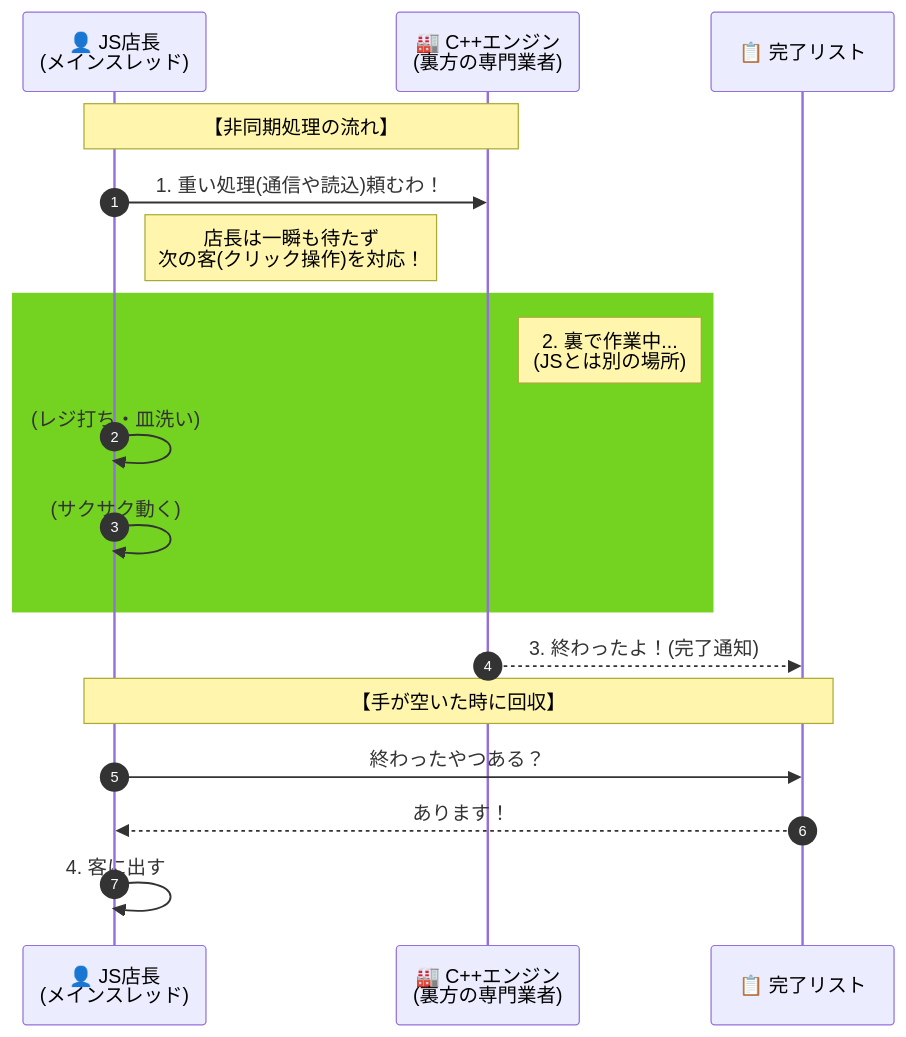
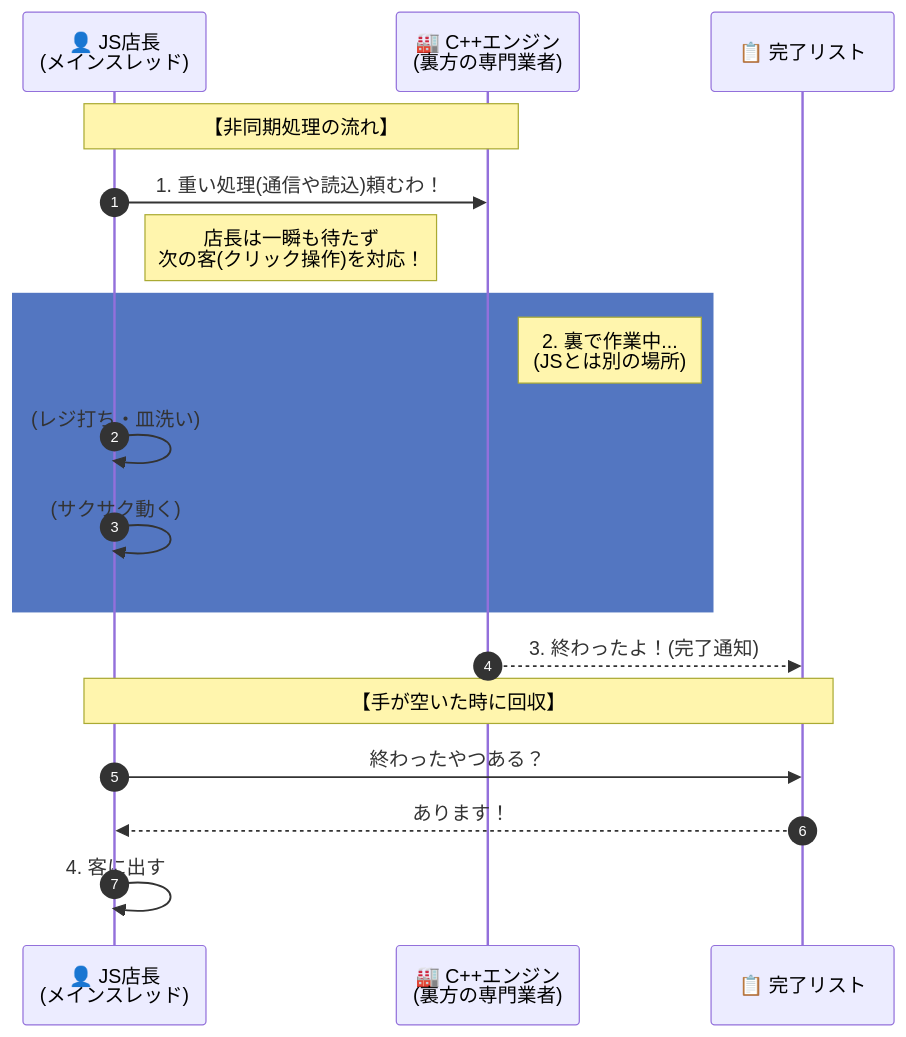
Before and after one commit to komiyamma/site_ichika_study_async_await_fetch: the second of 6 diagrams in D01.md, drawn with Mermaid.

Commit message:
fix: シーケンス図の色を修正 D01.mdのシーケンス図における色をrgba(116, 211, 32, 1)からrgba(83, 118, 193, 1)に変更しました。

````diff
--- a/D01.md
+++ b/D01.md
@@ -184,24 +184,24 @@
 ```mermaid
 sequenceDiagram
     autonumber
     participant JS as 👤 JS店長<br>(メインスレッド)
     participant Engine as 🏭 C++エンジン<br>(裏方の専門業者)
     participant Queue as 📋 完了リスト
 
     Note over JS, Engine: 【非同期処理の流れ】
     JS->>Engine: 1. 重い処理(通信や読込)頼むわ！
     Note right of JS: 店長は一瞬も待たず<br>次の客(クリック操作)を対応！
     
-    rect rgba(116, 211, 32, 1)
+    rect rgba(83, 118, 193, 1)
         Note right of Engine: 2. 裏で作業中...<br>(JSとは別の場所)
         JS->>JS: (レジ打ち・皿洗い)
         JS->>JS: (サクサク動く)
     end
     
     Engine-->>Queue: 3. 終わったよ！(完了通知)
     
     Note over JS, Queue: 【手が空いた時に回収】
     JS->>Queue: 終わったやつある？
     Queue-->>JS: あります！
     JS->>JS: 4. 客に出す
 ```
````
